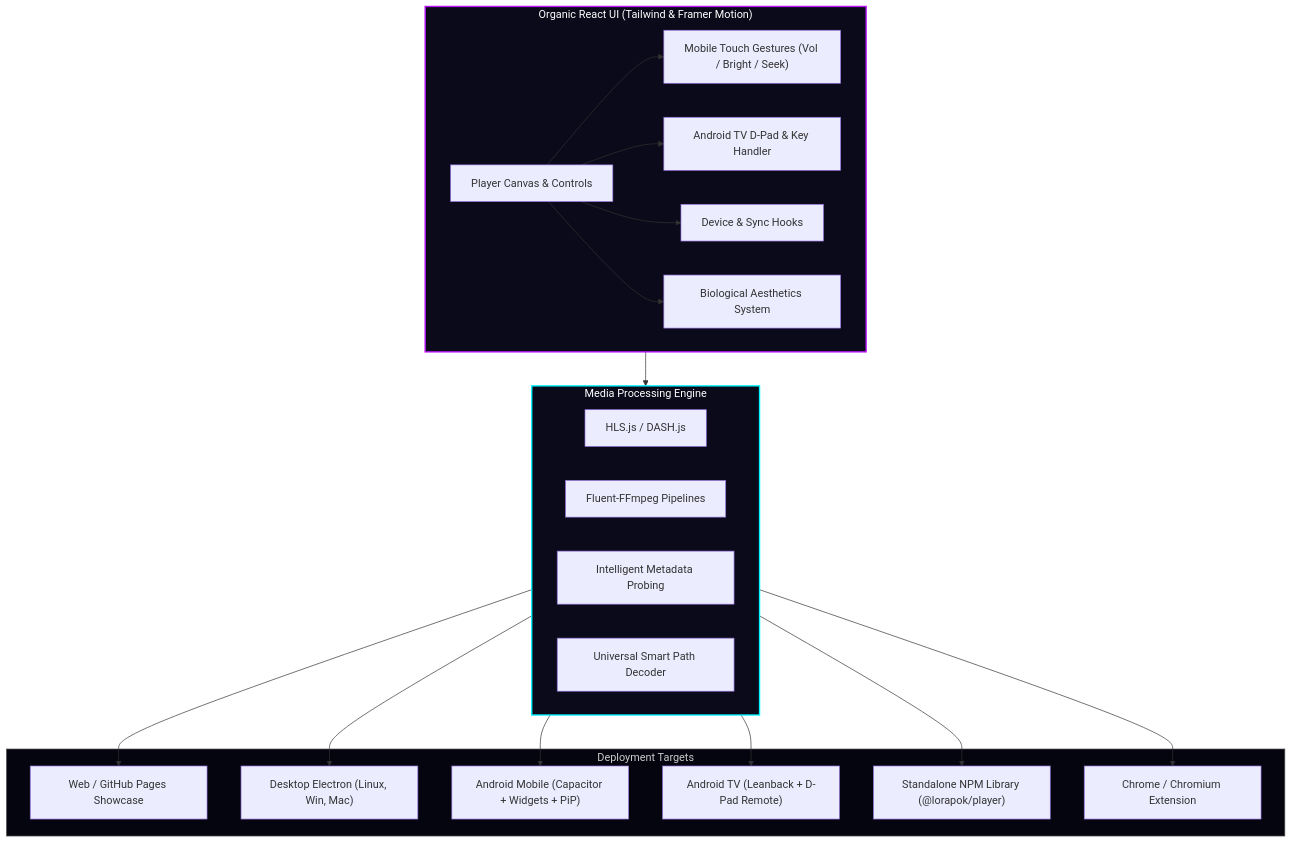
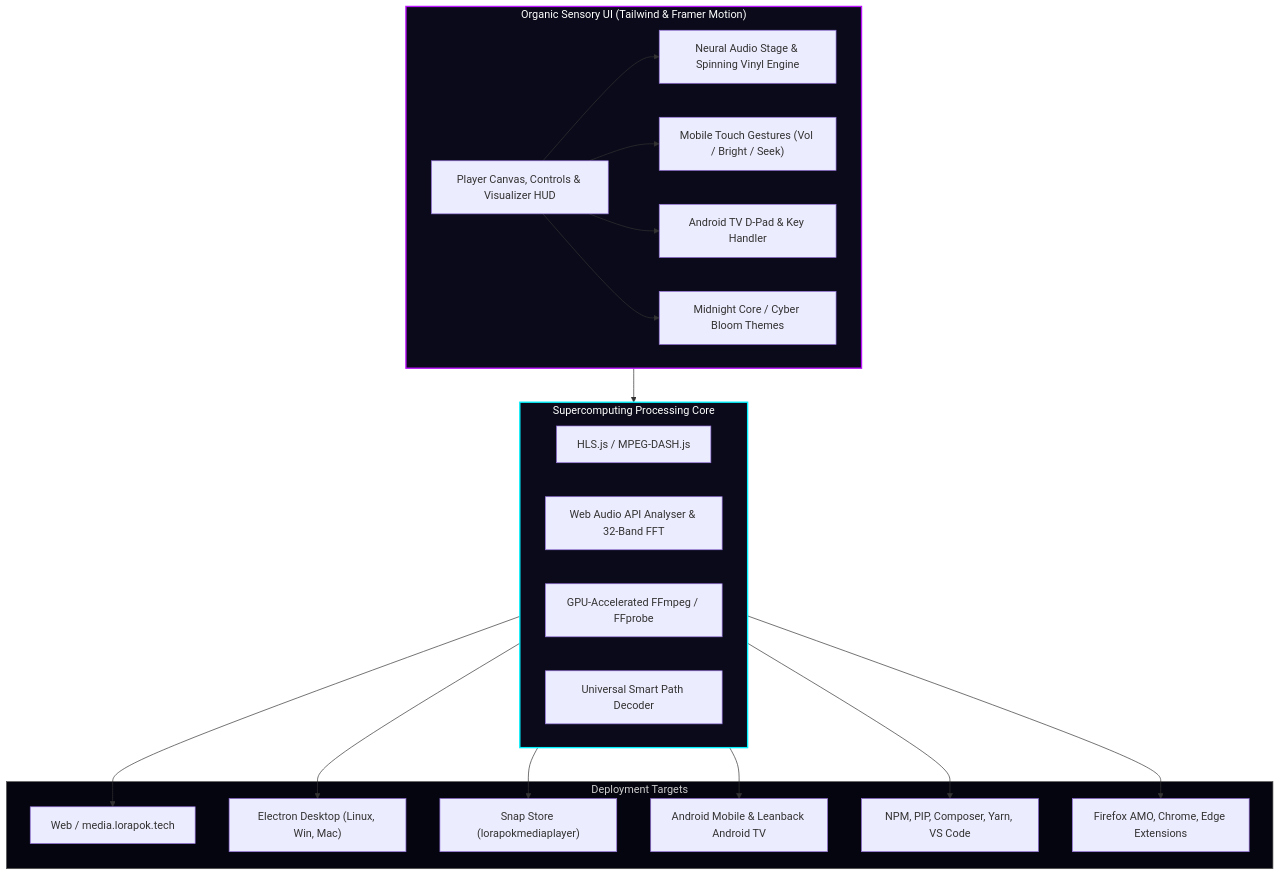
The diagram in README.md (Maijied/Lorapok_Media_Player), drawn with Mermaid before and after one commit. The commit also changed other lines of this file and 21 other files, not shown here.

Commit message:
feat: implement Lorapok Labs LL-NC-1.0 non-commercial license, snapcraft build config, neural audio stage & visualizer HUD, UTF-8 font fallbacks, direct release CDN download links, and marketing showcase assets

````diff
--- a/README.md
+++ b/README.md
@@ -51,48 +127,47 @@
 ```mermaid
 graph TD
-    %% Styling
     classDef ui fill:#0a0a1a,stroke:#BC13FE,stroke-width:2px,color:#fff;
     classDef engine fill:#0a0a1a,stroke:#00F3FF,stroke-width:2px,color:#fff;
     classDef platform fill:#050510,stroke:#555,stroke-width:1px,color:#ccc;
     
-    subgraph UI ["Organic React UI (Tailwind & Framer Motion)"]
-        Components["Player Canvas & Controls"]
+    subgraph UI ["Organic Sensory UI (Tailwind & Framer Motion)"]
+        Components["Player Canvas, Controls & Visualizer HUD"]
+        AudioStage["Neural Audio Stage & Spinning Vinyl Engine"]
         TouchGestures["Mobile Touch Gestures (Vol / Bright / Seek)"]
         DPad["Android TV D-Pad & Key Handler"]
-        Hooks["Device & Sync Hooks"]
-        Themes["Biological Aesthetics System"]
+        Themes["Midnight Core / Cyber Bloom Themes"]
     end
     
-    subgraph Engine ["Media Processing Engine"]
-        HLS["HLS.js / DASH.js"]
-        FFmpeg["Fluent-FFmpeg Pipelines"]
-        Probe["Intelligent Metadata Probing"]
+    subgraph Engine ["Supercomputing Processing Core"]
+        HLS["HLS.js / MPEG-DASH.js"]
+        WebAudio["Web Audio API Analyser & 32-Band FFT"]
+        FFmpeg["GPU-Accelerated FFmpeg / FFprobe"]
         SmartDec["Universal Smart Path Decoder"]
     end
     
     subgraph Platforms ["Deployment Targets"]
-        Web["Web / GitHub Pages Showcase"]
-        Desktop["Desktop Electron (Linux, Win, Mac)"]
-        Mobile["Android Mobile (Capacitor + Widgets + PiP)"]
-        TV["Android TV (Leanback + D-Pad Remote)"]
-        NPM["Standalone NPM Library (@lorapok/player)"]
-        Ext["Chrome / Chromium Extension"]
+        Web["Web / media.lorapok.tech"]
+        Desktop["Electron Desktop (Linux, Win, Mac)"]
+        Snap["Snap Store (lorapokmediaplayer)"]
+        Android["Android Mobile & Leanback Android TV"]
+        Packages["NPM, PIP, Composer, Yarn, VS Code"]
+        Extensions["Firefox AMO, Chrome, Edge Extensions"]
     end
 
+    Components --> AudioStage
     Components --> TouchGestures
     Components --> DPad
-    Components --> Hooks
     Components --> Themes
     UI --> Engine
     
     Engine --> Web
     Engine --> Desktop
-    Engine --> Mobile
-    Engine --> TV
-    Engine --> NPM
-    Engine --> Ext
+    Engine --> Snap
+    Engine --> Android
+    Engine --> Packages
+    Engine --> Extensions
     
     class UI ui;
     class Engine engine;
     class Platforms platform;
 ```
````
